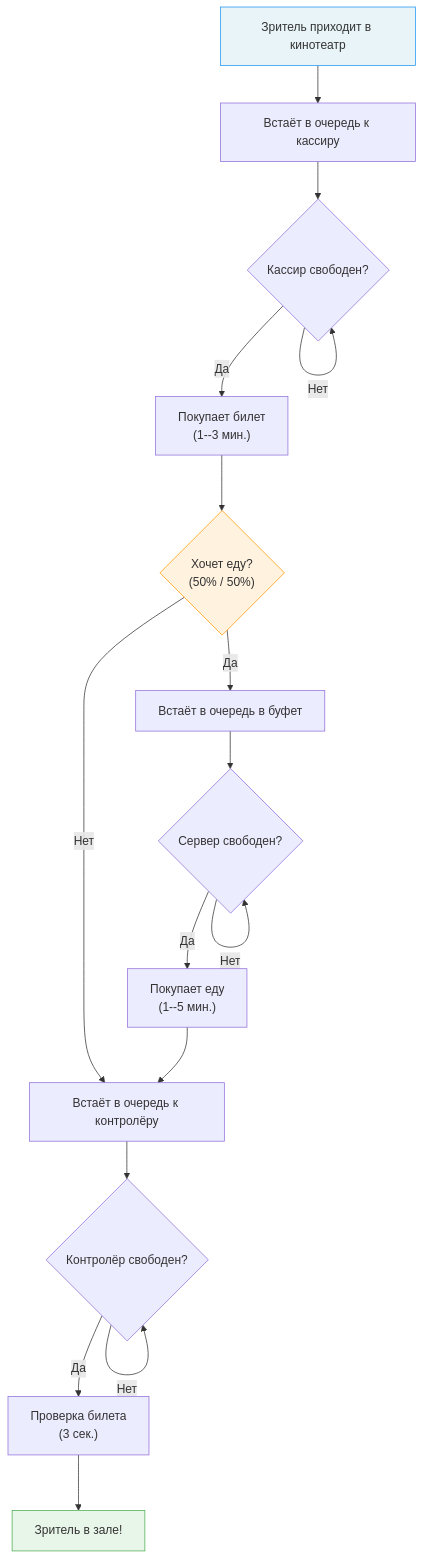
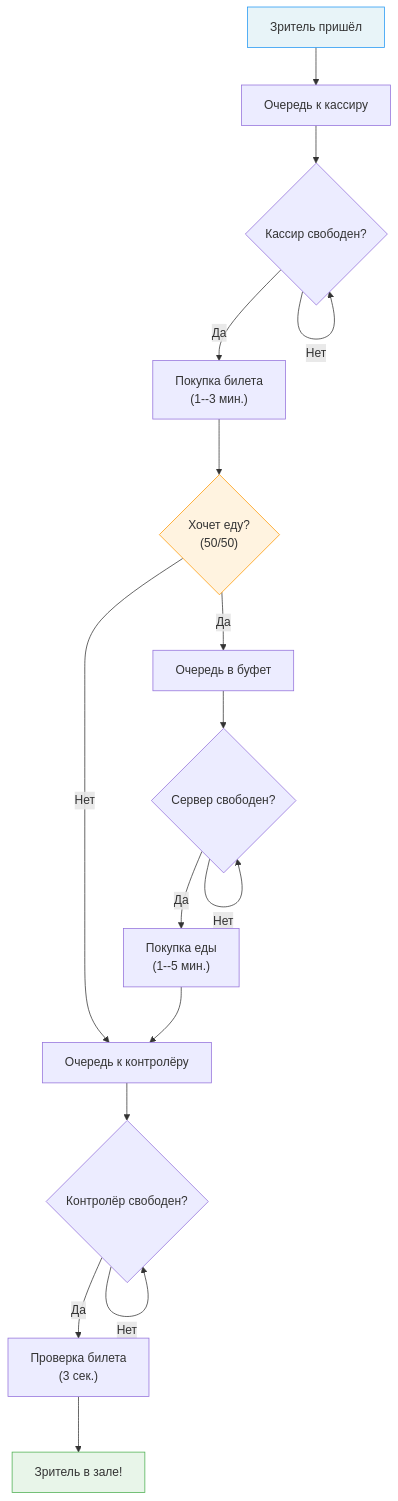
Before and after one commit to stareeg/simulation-modeling-notes: the second of 2 diagrams in docs/10-simpy-practice.md, drawn with Mermaid. The commit also changed other lines of this file and 14 other files, not shown here.

````diff
--- a/docs/10-simpy-practice.md
+++ b/docs/10-simpy-practice.md
@@ -374,22 +397,22 @@
 ```mermaid
 flowchart TD
-    A["Зритель приходит в кинотеатр"] --> B["Встаёт в очередь к кассиру"]
+    A["Зритель пришёл"] --> B["Очередь к кассиру"]
     B --> C{"Кассир свободен?"}
     C -- Нет --> C
-    C -- Да --> D["Покупает билет\n(1--3 мин.)"]
-    D --> E{"Хочет еду?\n(50% / 50%)"}
-    E -- Да --> F["Встаёт в очередь в буфет"]
+    C -- Да --> D["Покупка билета<br>(1--3 мин.)"]
+    D --> E{"Хочет еду?<br>(50/50)"}
+    E -- Да --> F["Очередь в буфет"]
     F --> G{"Сервер свободен?"}
     G -- Нет --> G
-    G -- Да --> H["Покупает еду\n(1--5 мин.)"]
-    H --> I["Встаёт в очередь к контролёру"]
+    G -- Да --> H["Покупка еды<br>(1--5 мин.)"]
+    H --> I["Очередь к контролёру"]
     E -- Нет --> I
     I --> J{"Контролёр свободен?"}
     J -- Нет --> J
-    J -- Да --> K["Проверка билета\n(3 сек.)"]
+    J -- Да --> K["Проверка билета<br>(3 сек.)"]
     K --> L["Зритель в зале!"]
 
     style A fill:#e8f4f8,stroke:#2196F3
     style L fill:#e8f5e9,stroke:#4CAF50
     style E fill:#fff3e0,stroke:#FF9800
 ```
````
